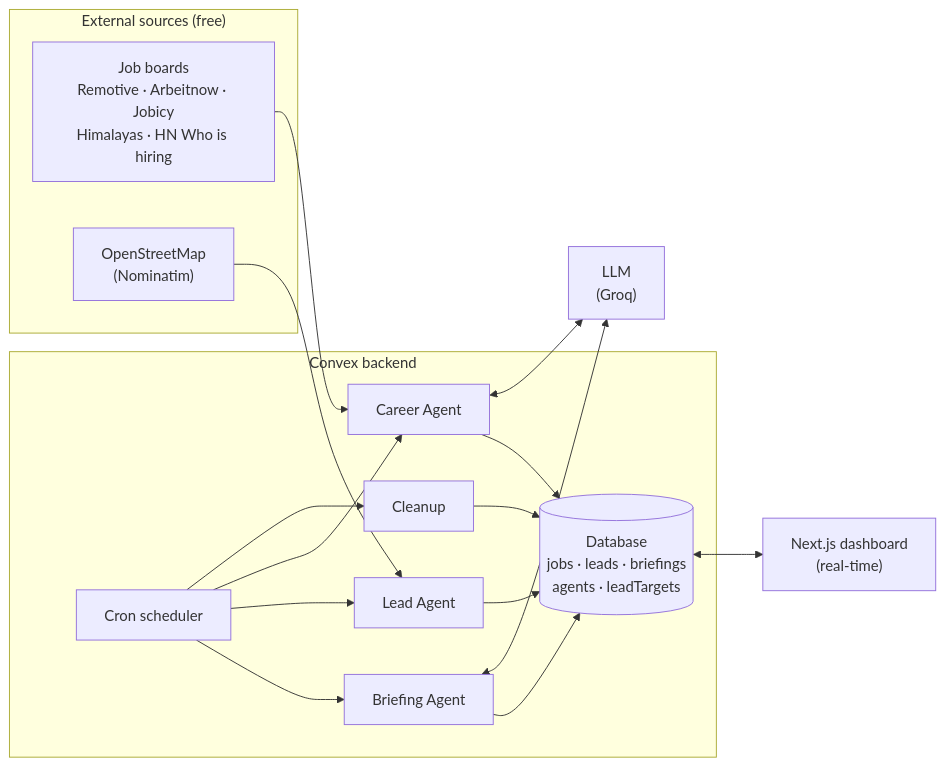
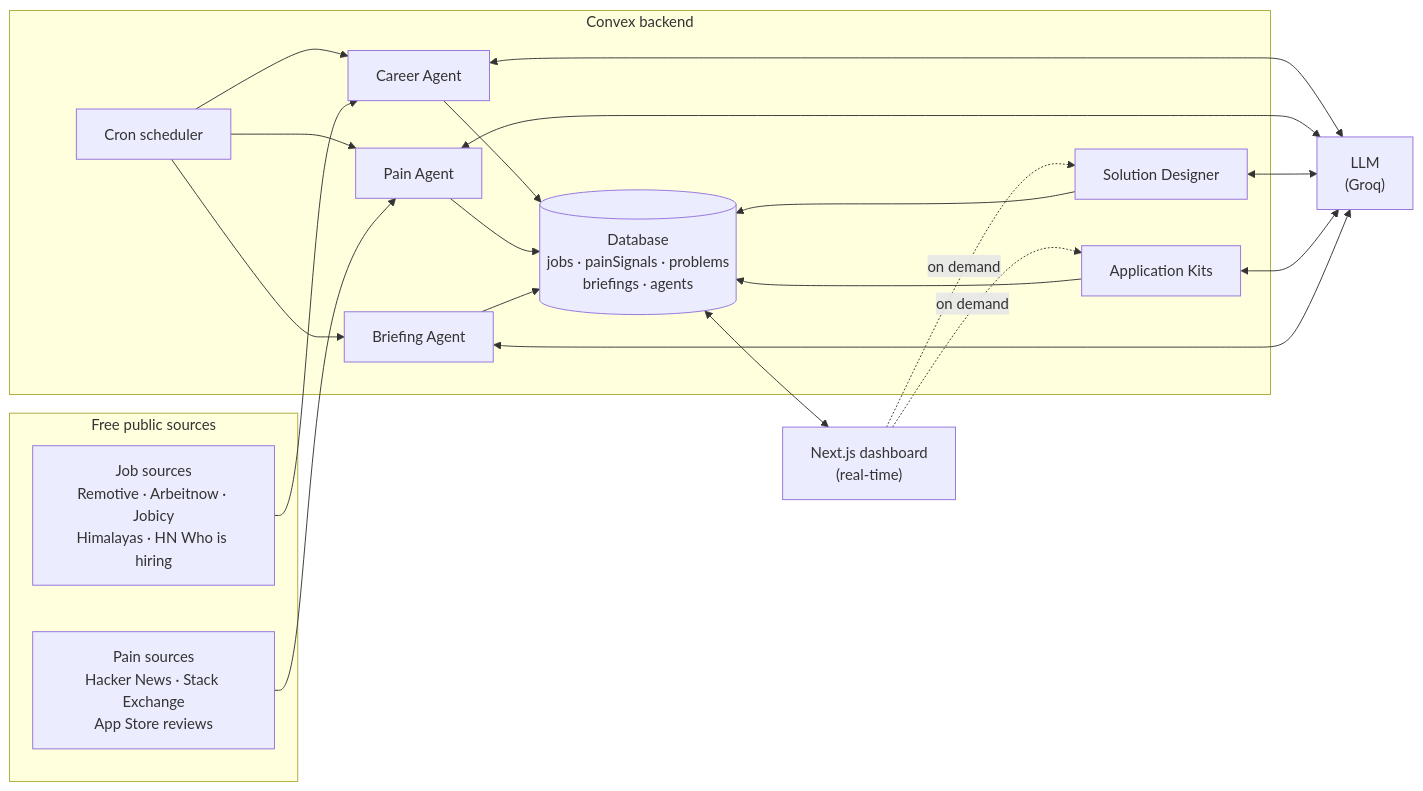
One commit to aadilsal/AI-Command-Center changed the diagram in README.md. Above: the diagram before and after it, drawn with Mermaid. The commit also changed other lines of this file and 12 other files, not shown here.

Commit message:
Opportunity Radar: pain discovery, problem scoring, Solution Designer; retire Lead Agent

```diff
--- a/README.md
+++ b/README.md
@@ -66,27 +76,28 @@
 ~~~mermaid
 flowchart LR
-    subgraph Sources["External sources (free)"]
-        JB["Job boards<br/>Remotive · Arbeitnow · Jobicy<br/>Himalayas · HN Who is hiring"]
-        OSM["OpenStreetMap<br/>(Nominatim)"]
+    subgraph Sources["Free public sources"]
+        JB["Job sources<br/>Remotive · Arbeitnow · Jobicy<br/>Himalayas · HN Who is hiring"]
+        PS["Pain sources<br/>Hacker News · Stack Exchange<br/>App Store reviews"]
     end
 
     subgraph Convex["Convex backend"]
         CRON["Cron scheduler"]
         CA["Career Agent"]
-        LA["Lead Agent"]
+        PA["Pain Agent"]
+        SD["Solution Designer"]
+        AK["Application Kits"]
         BA["Briefing Agent"]
-        CL["Cleanup"]
-        DB[("Database<br/>jobs · leads · briefings<br/>agents · leadTargets")]
+        DB[("Database<br/>jobs · painSignals · problems<br/>briefings · agents")]
     end
 
     LLM["LLM<br/>(Groq)"]
     UI["Next.js dashboard<br/>(real-time)"]
 
-    CRON --> CL & CA & LA & BA
+    CRON --> CA & PA & BA
     JB --> CA
-    OSM --> LA
-    CA <--> LLM
-    BA <--> LLM
-    CA & LA & BA & CL --> DB
+    PS --> PA
+    CA & PA & SD & AK & BA <--> LLM
+    CA & PA & SD & AK & BA --> DB
     DB <--> UI
+    UI -. on demand .-> SD & AK
 ~~~
```
